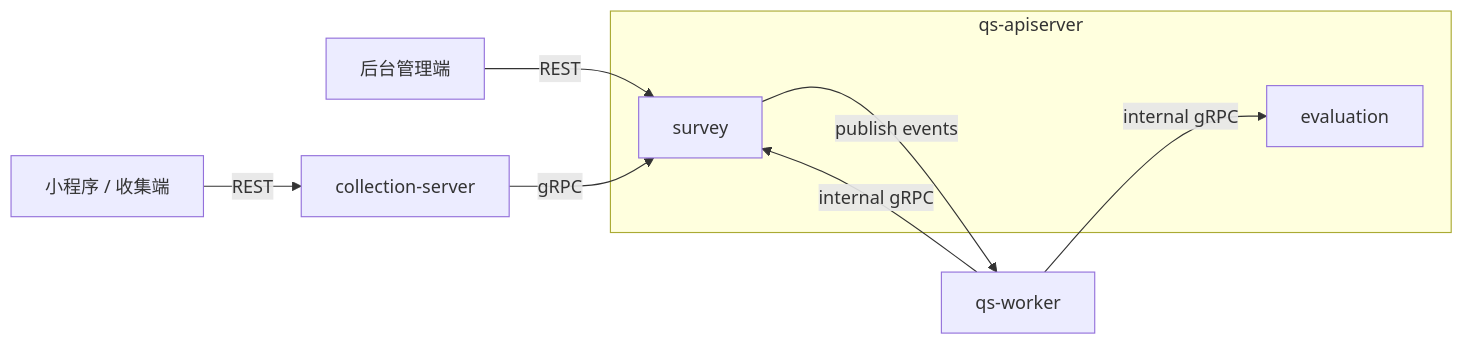
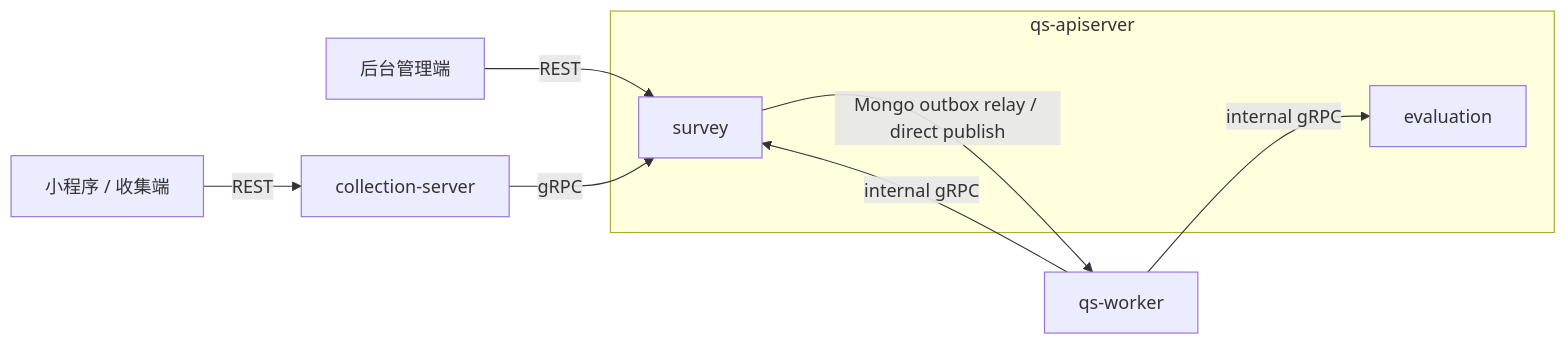
The first of 6 diagrams in docs/02-业务模块/01-survey.md (FangcunMount/qs-server), drawn with Mermaid before and after one commit. The commit also changed other lines of this file and 41 other files, not shown here.

````diff
--- a/docs/02-业务模块/01-survey.md
+++ b/docs/02-业务模块/01-survey.md
@@ -68,19 +68,19 @@
 ```mermaid
 flowchart LR
     admin[后台管理端]
     client[小程序 / 收集端]
     bff[collection-server]
     worker[qs-worker]
 
     subgraph apiserver[qs-apiserver]
         survey[survey]
         evaluation[evaluation]
     end
 
     admin -->|REST| survey
     client -->|REST| bff
     bff -->|gRPC| survey
-    survey -->|publish events| worker
+    survey -->|Mongo outbox relay / direct publish| worker
     worker -->|internal gRPC| survey
     worker -->|internal gRPC| evaluation
 ```
````
